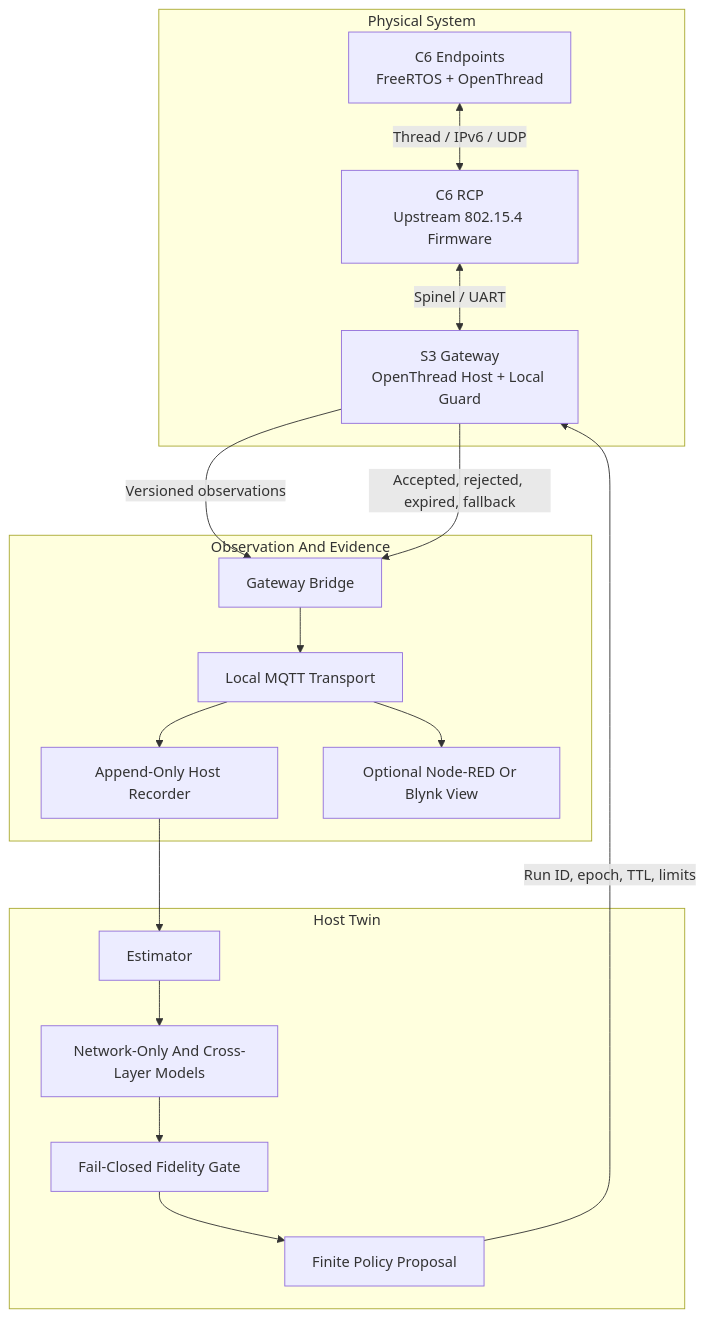
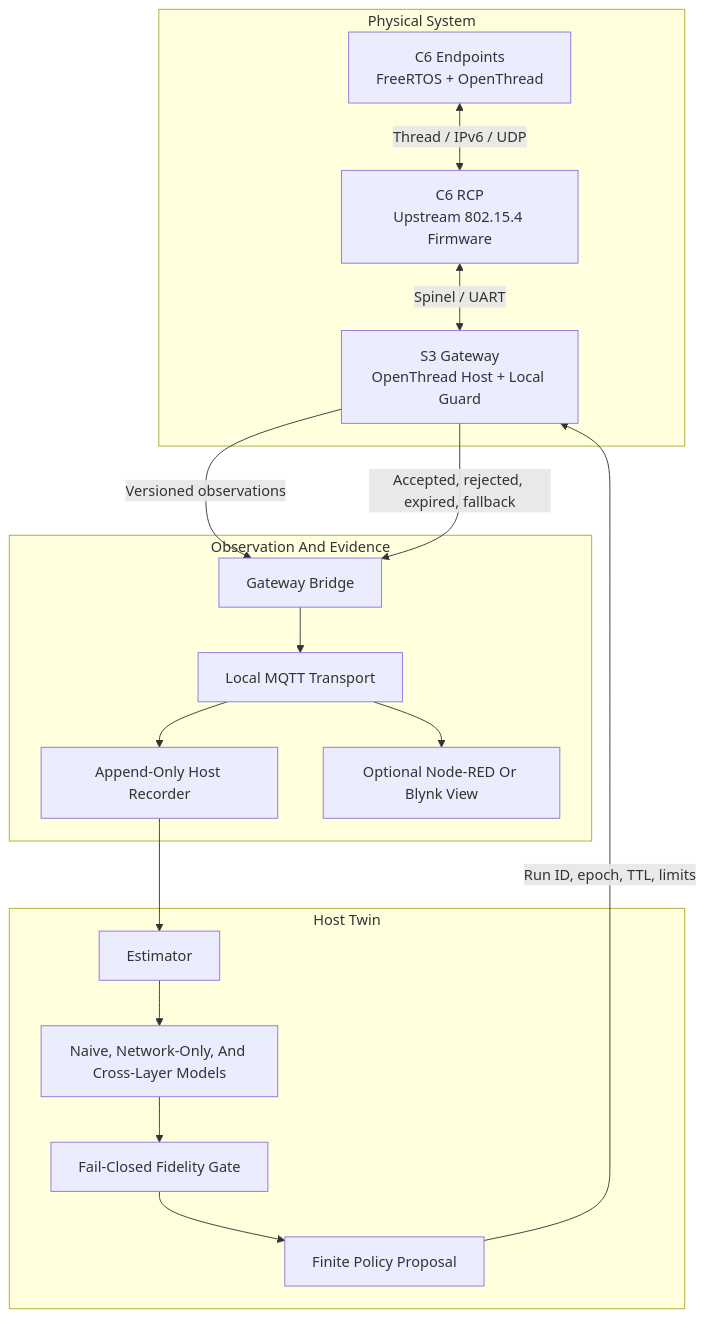
One commit to Reinathanajah/CLDT-Thread changed the first of 2 diagrams in DESIGN.md. Above: the diagram before and after it, drawn with Mermaid. The commit also changed other lines of this file and 9 other files, not shown here.

````diff
--- a/DESIGN.md
+++ b/DESIGN.md
@@ -23,33 +23,33 @@
 ```mermaid
 flowchart TB
     subgraph Physical["Physical System"]
         Endpoint["C6 Endpoints<br/>FreeRTOS + OpenThread"]
         Rcp["C6 RCP<br/>Upstream 802.15.4 Firmware"]
         Gateway["S3 Gateway<br/>OpenThread Host + Local Guard"]
         Endpoint <-->|"Thread / IPv6 / UDP"| Rcp
         Rcp <-->|"Spinel / UART"| Gateway
     end
 
     subgraph Observation["Observation And Evidence"]
         Bridge["Gateway Bridge"]
         Broker["Local MQTT Transport"]
         Recorder["Append-Only Host Recorder"]
         View["Optional Node-RED Or Blynk View"]
         Bridge --> Broker
         Broker --> Recorder
         Broker --> View
     end
 
     subgraph Twin["Host Twin"]
         Estimator["Estimator"]
-        Model["Network-Only And Cross-Layer Models"]
+        Model["Naive, Network-Only, And Cross-Layer Models"]
         Gate["Fail-Closed Fidelity Gate"]
         Proposal["Finite Policy Proposal"]
         Estimator --> Model --> Gate --> Proposal
     end
 
     Gateway -->|"Versioned observations"| Bridge
     Recorder --> Estimator
     Proposal -->|"Run ID, epoch, TTL, limits"| Gateway
     Gateway -->|"Accepted, rejected, expired, fallback"| Bridge
 ```
````
